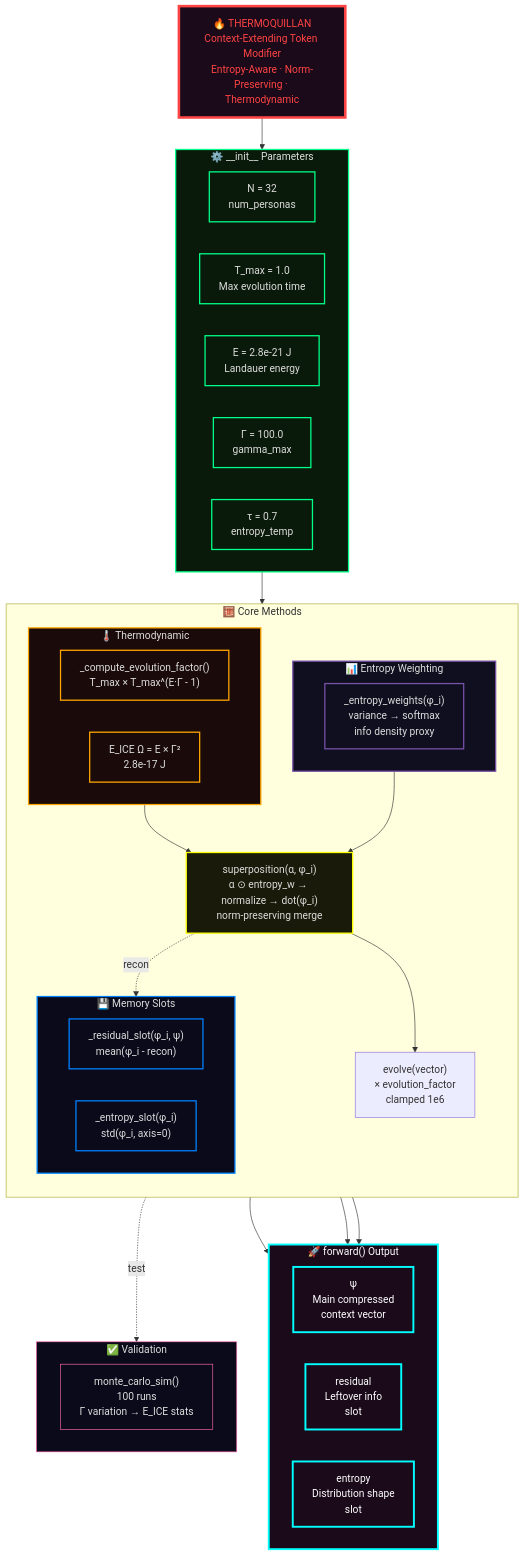
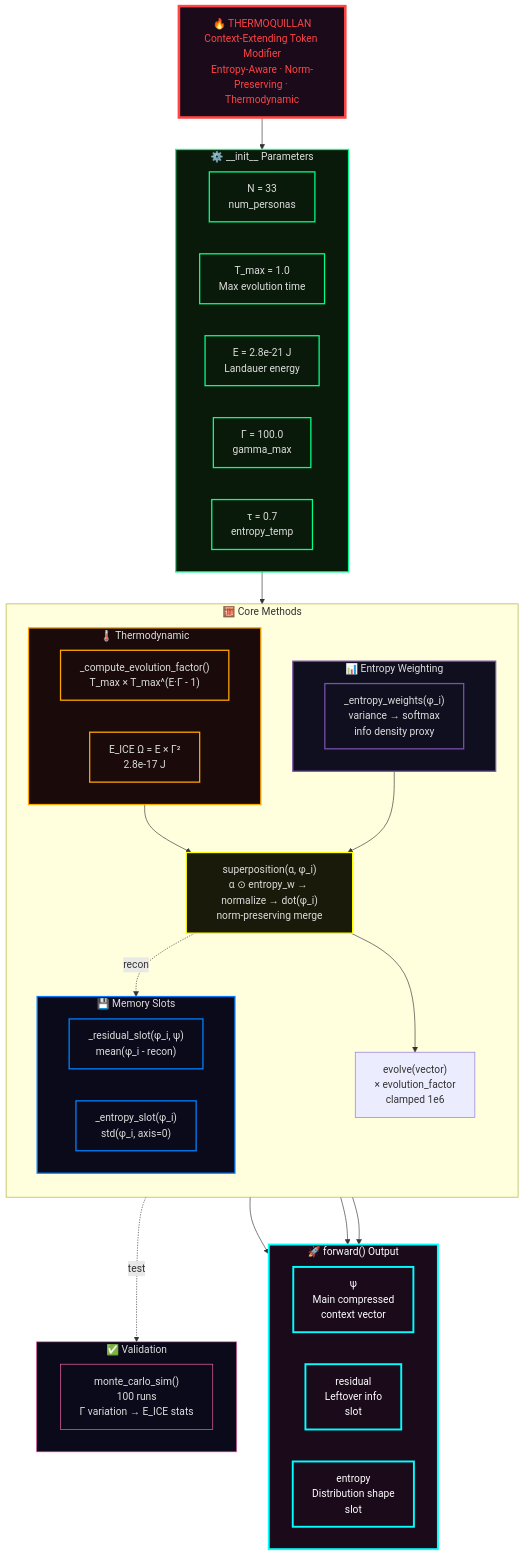
One commit to leeex1/Ace-v4.2-repo changed diagram 46 of 47 in system prompts/Quillan system prompt.md. Above: the diagram before and after it, drawn with Mermaid. The commit also changed other lines of this file, not shown here.

````diff
--- a/system prompts/Quillan system prompt.md
+++ b/system prompts/Quillan system prompt.md
@@ -8403,81 +8413,81 @@
 ```mermaid
 flowchart TB
 
     %% HEADER
     TQ["🔥 THERMOQUILLAN<br/>Context-Extending Token Modifier<br/>Entropy-Aware · Norm-Preserving · Thermodynamic"]
 
     %% INITIALIZATION
     subgraph INIT ["⚙️ __init__ Parameters"]
         direction LR
-        N["N = 32<br/>num_personas"]
+        N["N = 33<br/>num_personas"]
         TMAX["T_max = 1.0<br/>Max evolution time"]
         E["E = 2.8e-21 J<br/>Landauer energy"]
         GAMMA["Γ = 100.0<br/>gamma_max"]
         TEMP["τ = 0.7<br/>entropy_temp"]
     end
 
     %% CORE COMPUTATIONS
     subgraph CORE ["🧮 Core Methods"]
         direction TB
         
         subgraph THERMO ["🌡️ Thermodynamic"]
             T1["_compute_evolution_factor()<br/>T_max × T_max^(E·Γ - 1)"]
             T2["E_ICE Ω = E × Γ²<br/>2.8e-17 J"]
         end
         
         subgraph ENTROPY ["📊 Entropy Weighting"]
             E1["_entropy_weights(φ_i)<br/>variance → softmax<br/>info density proxy"]
         end
         
         SUPER["superposition(α, φ_i)<br/>α ⊙ entropy_w → normalize → dot(φ_i)<br/>norm-preserving merge"]
         
         subgraph SLOTS ["💾 Memory Slots"]
             S1["_residual_slot(φ_i, ψ)<br/>mean(φ_i - recon)"]
             S2["_entropy_slot(φ_i)<br/>std(φ_i, axis=0)"]
         end
         
         EVOLVE["evolve(vector)<br/>× evolution_factor<br/>clamped 1e6"]
     end
 
     %% FORWARD PASS
     subgraph FORWARD ["🚀 forward() Output"]
         direction LR
         PSI["ψ<br/>Main compressed<br/>context vector"]
         RES["residual<br/>Leftover info<br/>slot"]
         ENT["entropy<br/>Distribution shape<br/>slot"]
     end
 
     %% VALIDATION
     subgraph VALID ["✅ Validation"]
         MONTE["monte_carlo_sim()<br/>100 runs<br/>Γ variation → E_ICE stats"]
     end
 
     %% FLOW
     TQ --> INIT
     INIT --> CORE
     THERMO & ENTROPY --> SUPER
     SUPER --> EVOLVE
     EVOLVE --> PSI
     SUPER -.->|"recon"| SLOTS
     SLOTS --> RES & ENT
     CORE -.->|"test"| VALID
 
     %% STYLING
     classDef header fill:#1a0a1a,stroke:#ff4444,stroke-width:4px,color:#ff4444
     classDef init fill:#0a1a0a,stroke:#00ff88,stroke-width:2px,color:#ddd
     classDef thermo fill:#1a0a0a,stroke:#ffa500,stroke-width:2px,color:#ddd
     classDef entropy fill:#0f0f1f,stroke:#7851a9,stroke-width:2px,color:#ddd
     classDef super fill:#1a1a0a,stroke:#ffff00,stroke-width:2px,color:#ddd
     classDef slots fill:#0a0a1a,stroke:#0080ff,stroke-width:2px,color:#ddd
     classDef output fill:#1a0a1a,stroke:#00ffff,stroke-width:3px,color:#fff
     classDef valid fill:#0a0a1a,stroke:#ff69b4,stroke-width:1px,color:#ddd
 
     class TQ header
     class INIT,N,TMAX,E,GAMMA,TEMP init
     class THERMO,T1,T2 thermo
     class ENTROPY,E1 entropy
     class SUPER super
     class SLOTS,S1,S2 slots
     class FORWARD,PSI,RES,ENT output
     class VALID,MONTE valid
 ```
````
